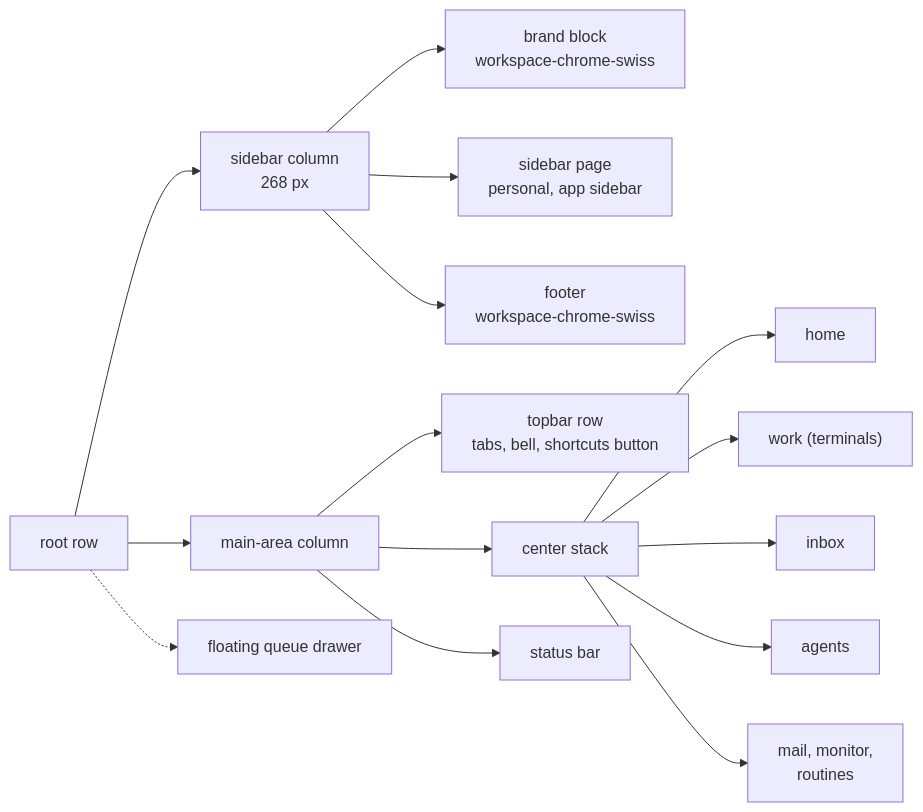
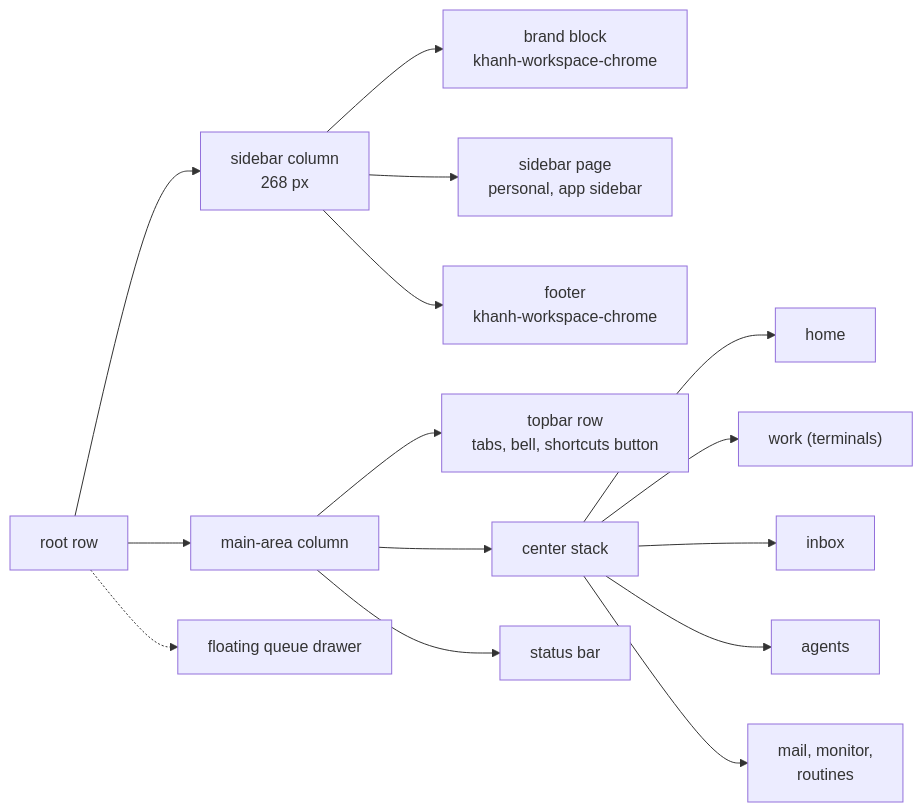
The second of 12 diagrams in herdr-layouts/khanh-personal/ARCHITECTURE.md (TQKNG/khanh-agent-workspace), drawn with Mermaid before and after one commit. The commit also changed other lines of this file and 367 other files, not shown here.

````diff
--- a/herdr-layouts/khanh-personal/ARCHITECTURE.md
+++ b/herdr-layouts/khanh-personal/ARCHITECTURE.md
@@ -52,17 +52,17 @@
 ```mermaid
 flowchart LR
     ROOT["root row"] --> SIDEBAR["sidebar column<br/>268 px"]
     ROOT --> MAIN["main-area column"]
-    SIDEBAR --> BRAND["brand block<br/>workspace-chrome-swiss"]
+    SIDEBAR --> BRAND["brand block<br/>khanh-workspace-chrome"]
     SIDEBAR --> SPAGE["sidebar page<br/>personal, app sidebar"]
-    SIDEBAR --> FOOT["footer<br/>workspace-chrome-swiss"]
+    SIDEBAR --> FOOT["footer<br/>khanh-workspace-chrome"]
     MAIN --> TOP["topbar row<br/>tabs, bell, shortcuts button"]
     MAIN --> CENTER["center stack"]
     MAIN --> STATUS["status bar"]
     CENTER --> P1["home"]
     CENTER --> P2["work (terminals)"]
     CENTER --> P3["inbox"]
     CENTER --> P4["agents"]
     CENTER --> P5["mail, monitor,<br/>routines"]
     ROOT -.-> DRAWER["floating queue drawer"]
 ```
````
